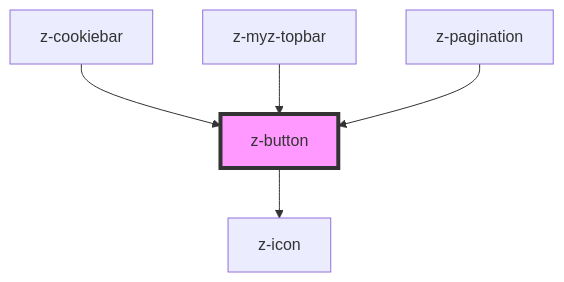
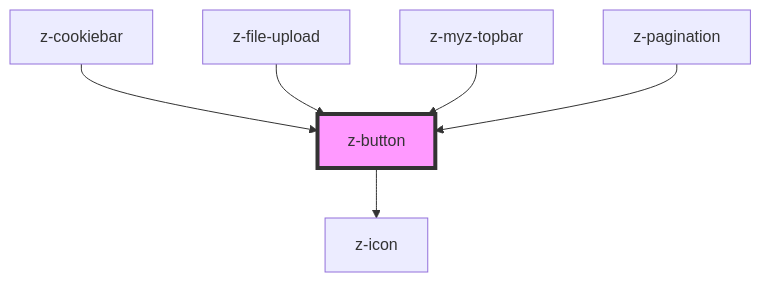
One commit to ZanichelliEditore/design-system changed the diagram in src/components/buttons/z-button/readme.md. Above: the diagram before and after it, drawn with Mermaid. The commit also changed other lines of this file and 6 other files, not shown here.

Commit message:
chore: replace z-button on file-upload

````diff
--- a/src/components/buttons/z-button/readme.md
+++ b/src/components/buttons/z-button/readme.md
@@ -67,8 +68,9 @@
 ```mermaid
 graph TD;
   z-button --> z-icon
   z-cookiebar --> z-button
+  z-file-upload --> z-button
   z-myz-topbar --> z-button
   z-pagination --> z-button
   style z-button fill:#f9f,stroke:#333,stroke-width:4px
 ```
````
